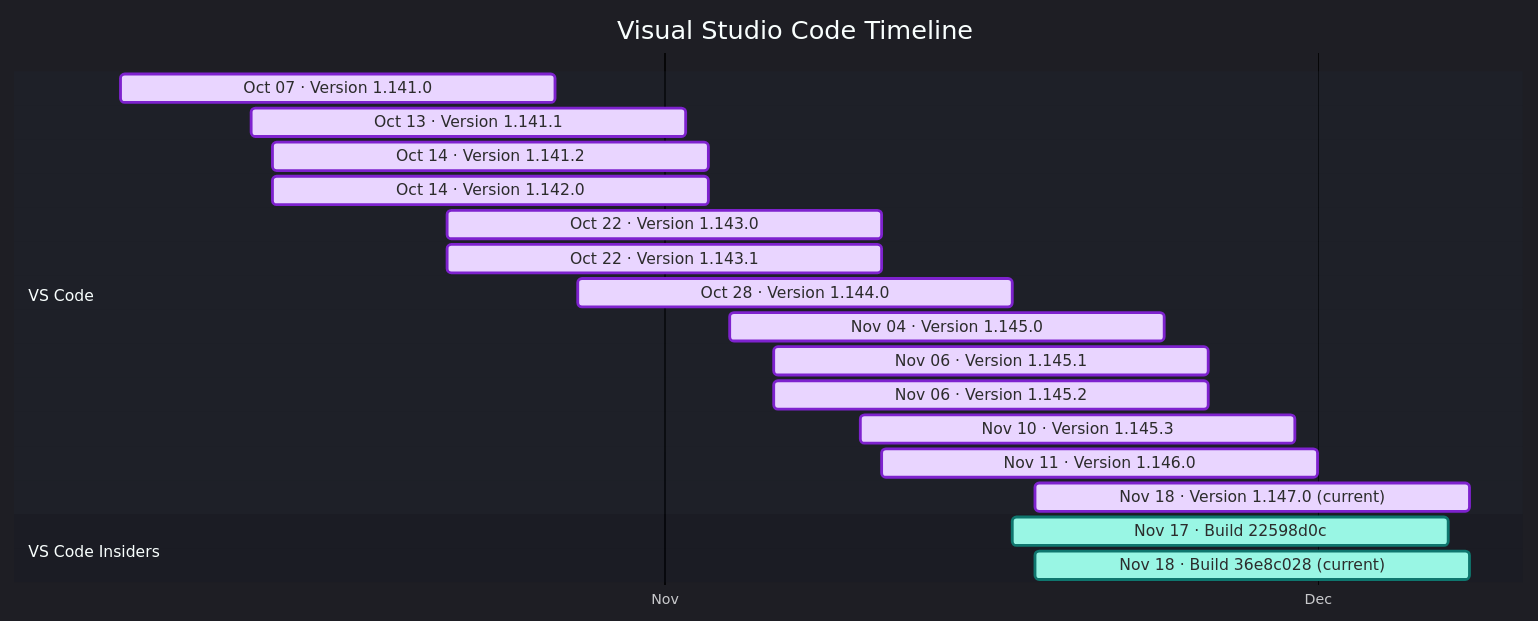
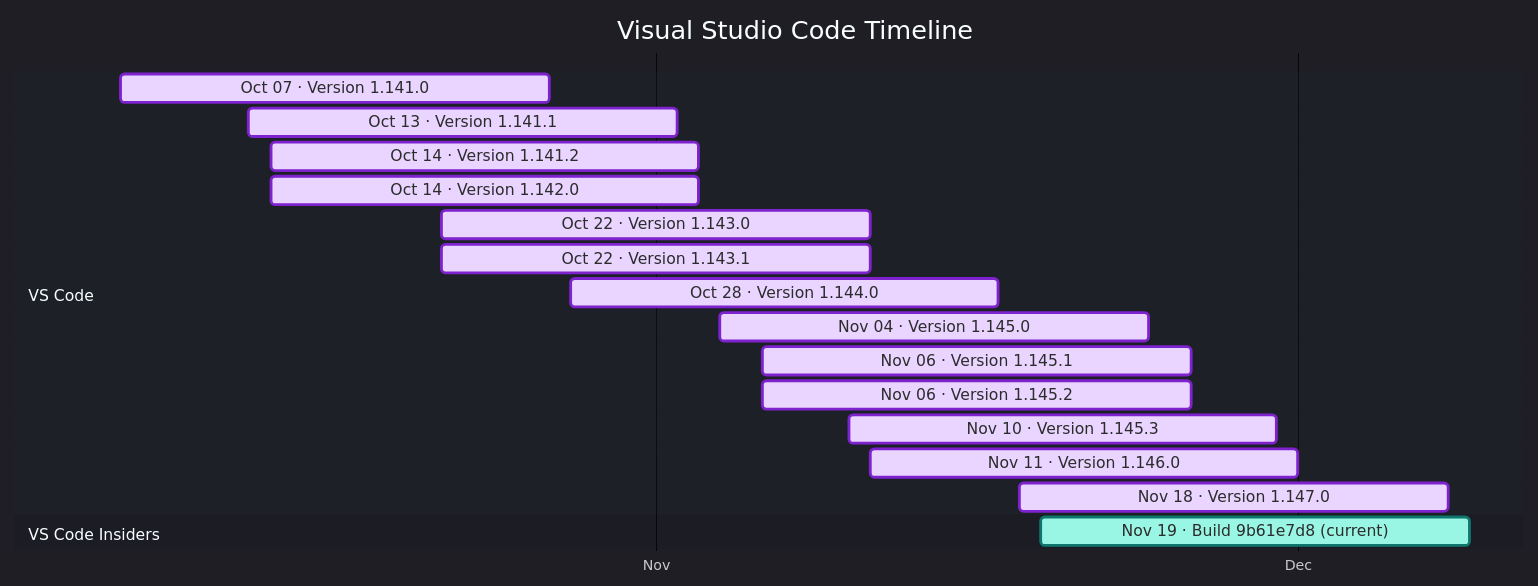
The diagram in docs/vscode.md (Oxelya-DevTools/VisualStudioUpdate), drawn with Mermaid before and after one commit. The commit also changed other lines of this file and 1 other file, not shown here.

Commit message:
Update generated release feeds

````diff
--- a/docs/vscode.md
+++ b/docs/vscode.md
@@ -9,25 +9,24 @@
 ```mermaid
 %%{init: {'theme':'dark','themeVariables': { 'fontFamily': 'Segoe UI', 'fontSize': '24px', 'textColor': '#F3F4F6', 'titleTextColor': '#FFFFFF', 'taskTextColor': '#111827', 'taskTextLightColor': '#111827', 'taskTextOutsideColor': '#F3F4F6', 'taskBkgColor': '#BAE6FD', 'taskBorderColor': '#0369A1', 'doneTaskBkgColor': '#E9D5FF', 'doneTaskBorderColor': '#7E22CE', 'activeTaskBkgColor': '#99F6E4', 'activeTaskBorderColor': '#0F766E', 'critTaskBkgColor': '#FED7AA', 'critTaskBorderColor': '#C2410C', 'sectionBkgColor': '#1F2937', 'altSectionBkgColor': '#111827', 'gridColor': '#4B5563', 'todayLineColor': '#F87171' }}}%%
 gantt
     title Visual Studio Code Timeline
     dateFormat  YYYY-MM-DD
     axisFormat  %b
     tickInterval 1month
     section VS Code
     Oct 07 · Version 1.141.0 : done, vscode202610070, 2026-10-07, 20d
     Oct 13 · Version 1.141.1 : done, vscode202610131, 2026-10-13, 20d
     Oct 14 · Version 1.141.2 : done, vscode202610142, 2026-10-14, 20d
     Oct 14 · Version 1.142.0 : done, vscode202610143, 2026-10-14, 20d
     Oct 22 · Version 1.143.0 : done, vscode202610224, 2026-10-22, 20d
     Oct 22 · Version 1.143.1 : done, vscode202610225, 2026-10-22, 20d
     Oct 28 · Version 1.144.0 : done, vscode202610286, 2026-10-28, 20d
     Nov 04 · Version 1.145.0 : done, vscode202611047, 2026-11-04, 20d
     Nov 06 · Version 1.145.1 : done, vscode202611068, 2026-11-06, 20d
     Nov 06 · Version 1.145.2 : done, vscode202611069, 2026-11-06, 20d
     Nov 10 · Version 1.145.3 : done, vscode2026111010, 2026-11-10, 20d
     Nov 11 · Version 1.146.0 : done, vscode2026111111, 2026-11-11, 20d
-    Nov 18 · Version 1.147.0 (current) : done, vscode2026111812, 2026-11-18, 20d
+    Nov 18 · Version 1.147.0 : done, vscode2026111812, 2026-11-18, 20d
     section VS Code Insiders
-    Nov 17 · Build 22598d0c : active, vscodeinsiders202611170, 2026-11-17, 20d
-    Nov 18 · Build 36e8c028 (current) : active, vscodeinsiders202611181, 2026-11-18, 20d
+    Nov 19 · Build 9b61e7d8 (current) : active, vscodeinsiders202611190, 2026-11-19, 20d
 ```
````
